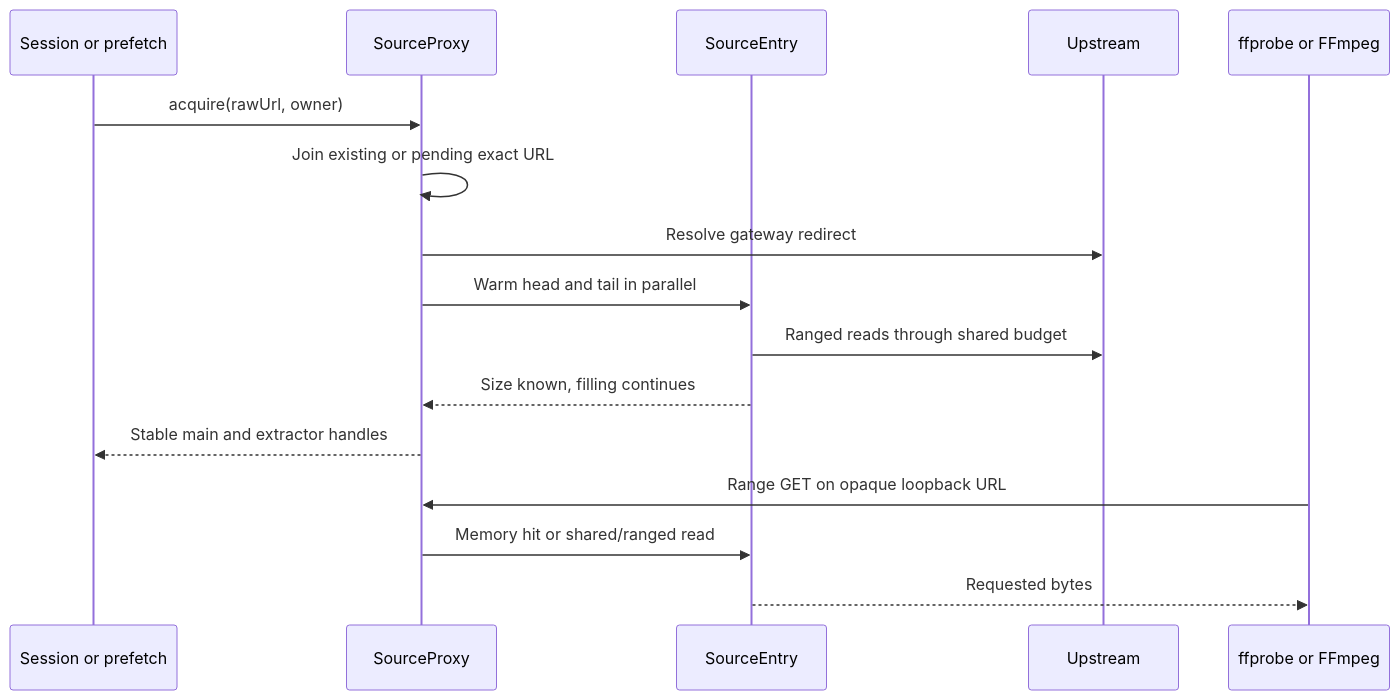
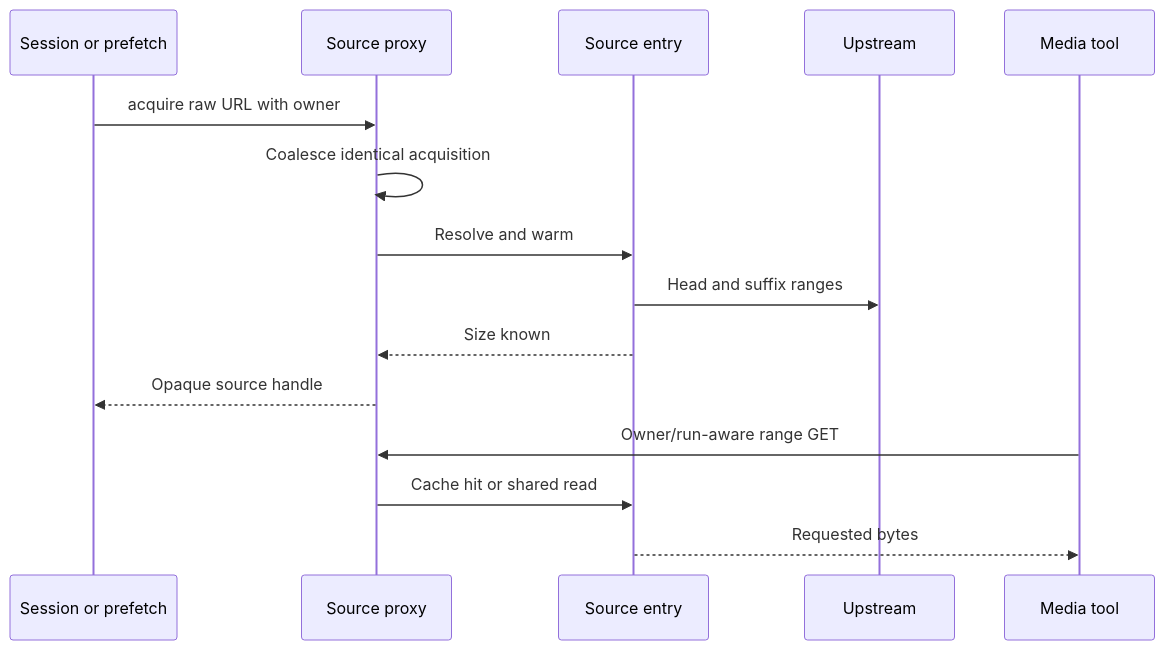
One commit to VeroxAUS/homestream changed the diagram in droid-wiki/systems/source-proxy.md. Above: the diagram before and after it, drawn with Mermaid. The commit also changed other lines of this file and 57 other files, not shown here.

````diff
--- a/droid-wiki/systems/source-proxy.md
+++ b/droid-wiki/systems/source-proxy.md
@@ -22,18 +11,17 @@
 ```mermaid
 sequenceDiagram
-    participant O as Session or prefetch
-    participant P as SourceProxy
-    participant E as SourceEntry
-    participant U as Upstream
-    participant W as ffprobe or FFmpeg
-    O->>P: acquire(rawUrl, owner)
-    P->>P: Join existing or pending exact URL
-    P->>U: Resolve gateway redirect
-    P->>E: Warm head and tail in parallel
-    E->>U: Ranged reads through shared budget
-    E-->>P: Size known, filling continues
-    P-->>O: Stable main and extractor handles
-    W->>P: Range GET on opaque loopback URL
-    P->>E: Memory hit or shared/ranged read
-    E-->>W: Requested bytes
+    participant Owner as Session or prefetch
+    participant Proxy as Source proxy
+    participant Entry as Source entry
+    participant Remote as Upstream
+    participant Tool as Media tool
+    Owner->>Proxy: acquire raw URL with owner
+    Proxy->>Proxy: Coalesce identical acquisition
+    Proxy->>Entry: Resolve and warm
+    Entry->>Remote: Head and suffix ranges
+    Entry-->>Proxy: Size known
+    Proxy-->>Owner: Opaque source handle
+    Tool->>Proxy: Owner/run-aware range GET
+    Proxy->>Entry: Cache hit or shared read
+    Entry-->>Tool: Requested bytes
 ```
````
